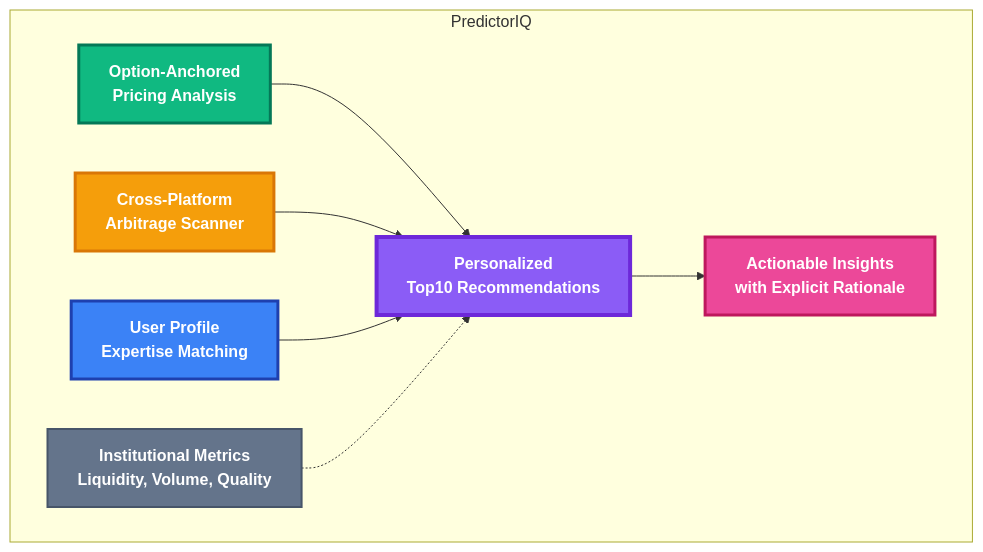
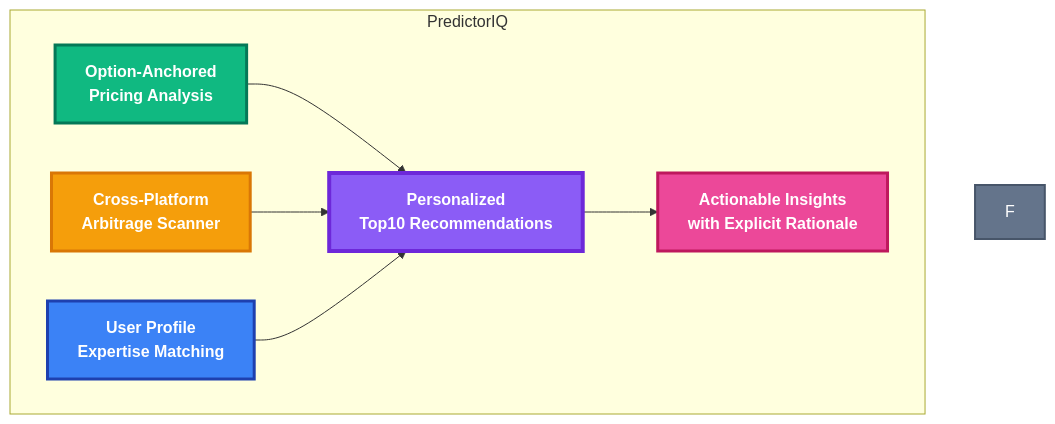
One commit to nelsonjingusc/predictoriq-demo changed the first of 4 diagrams in docs/PRODUCT_OVERVIEW.md. Above: the diagram before and after it, drawn with Mermaid. The commit also changed other lines of this file and 4 other files, not shown here.

````diff
--- a/docs/PRODUCT_OVERVIEW.md
+++ b/docs/PRODUCT_OVERVIEW.md
@@ -23,19 +23,18 @@
 ```mermaid
 graph TB
     subgraph "PredictorIQ"
         A["<b>Option-Anchored<br/>Pricing Analysis</b>"] --> D["<b>Personalized<br/>Top10 Recommendations</b>"]
         B["<b>Cross-Platform<br/>Arbitrage Scanner</b>"] --> D
         C["<b>User Profile<br/>Expertise Matching</b>"] --> D
         
         D --> E["<b>Actionable Insights<br/>with Explicit Rationale</b>"]
         
-        F["<b>Institutional Metrics<br/>Liquidity, Volume, Quality</b>"] -.-> D
     end
     
     style A fill:#10B981,stroke:#047857,stroke-width:3px,color:#ffffff
     style B fill:#F59E0B,stroke:#D97706,stroke-width:3px,color:#ffffff
     style C fill:#3B82F6,stroke:#1E40AF,stroke-width:3px,color:#ffffff
     style D fill:#8B5CF6,stroke:#6D28D9,stroke-width:4px,color:#ffffff
     style E fill:#EC4899,stroke:#BE185D,stroke-width:3px,color:#ffffff
     style F fill:#64748B,stroke:#475569,stroke-width:2px,color:#ffffff
 ```
````
